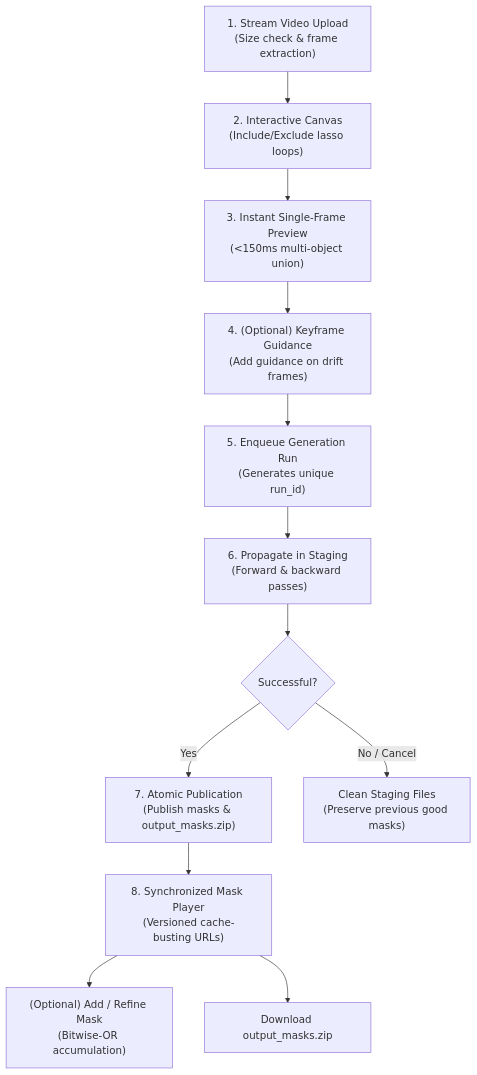
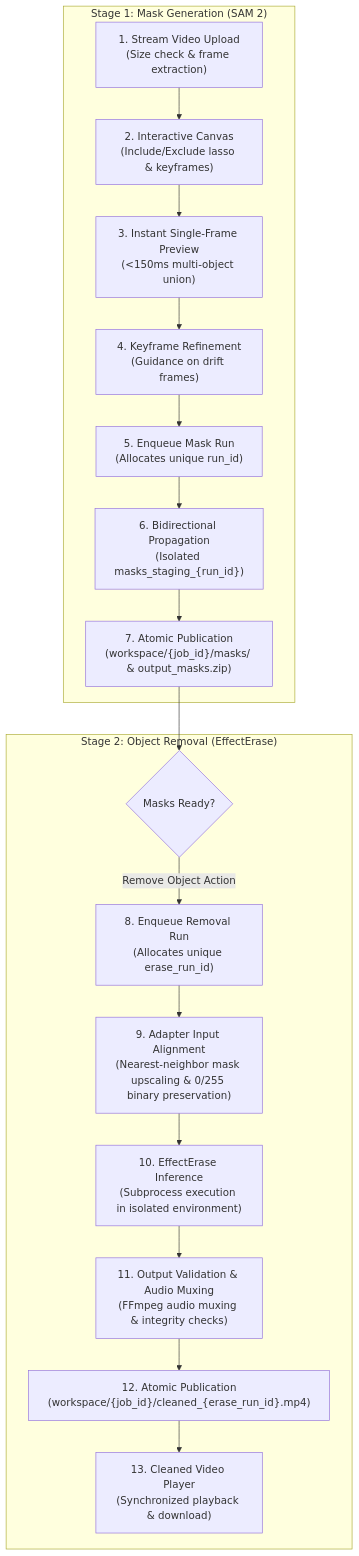
One commit to armaan-choudhary/stirs changed the diagram in README.md. Above: the diagram before and after it, drawn with Mermaid. The commit also changed other lines of this file and 21 other files, not shown here.

Commit message:
feat: add EffectErase video object removal pipeline, UI controls, and setup scripts

````diff
--- a/README.md
+++ b/README.md
@@ -74,14 +11,21 @@
 ```mermaid
 flowchart TD
-  Upload["1. Stream Video Upload<br/>(Size check & frame extraction)"] --> Annotate["2. Interactive Canvas<br/>(Include/Exclude lasso loops)"]
-  Annotate --> Preview["3. Instant Single-Frame Preview<br/>(<150ms multi-object union)"]
-  Preview --> Keyframes["4. (Optional) Keyframe Guidance<br/>(Add guidance on drift frames)"]
-  Keyframes --> StartJob["5. Enqueue Generation Run<br/>(Generates unique run_id)"]
-  StartJob --> Staging["6. Propagate in Staging<br/>(Forward & backward passes)"]
-  Staging --> CheckSuccess{"Successful?"}
-  CheckSuccess -- Yes --> Publish["7. Atomic Publication<br/>(Publish masks & output_masks.zip)"]
-  CheckSuccess -- No / Cancel --> Cleanup["Clean Staging Files<br/>(Preserve previous good masks)"]
-  Publish --> Player["8. Synchronized Mask Player<br/>(Versioned cache-busting URLs)"]
-  Player --> Refine["(Optional) Add / Refine Mask<br/>(Bitwise-OR accumulation)"]
-  Player --> Download["Download output_masks.zip"]
+  subgraph Stage1["Stage 1: Mask Generation (SAM 2)"]
+    Upload["1. Stream Video Upload<br/>(Size check & frame extraction)"] --> Annotate["2. Interactive Canvas<br/>(Include/Exclude lasso & keyframes)"]
+    Annotate --> Preview["3. Instant Single-Frame Preview<br/>(<150ms multi-object union)"]
+    Preview --> Keyframes["4. Keyframe Refinement<br/>(Guidance on drift frames)"]
+    Keyframes --> StartMaskJob["5. Enqueue Mask Run<br/>(Allocates unique run_id)"]
+    StartMaskJob --> MaskStaging["6. Bidirectional Propagation<br/>(Isolated masks_staging_{run_id})"]
+    MaskStaging --> PublishMasks["7. Atomic Publication<br/>(workspace/{job_id}/masks/ & output_masks.zip)"]
+  end
+
+  subgraph Stage2["Stage 2: Object Removal (EffectErase)"]
+    PublishMasks --> ReadyToErase{"Masks Ready?"}
+    ReadyToErase -- "Remove Object Action" --> StartRemoval["8. Enqueue Removal Run<br/>(Allocates unique erase_run_id)"]
+    StartRemoval --> Adapter["9. Adapter Input Alignment<br/>(Nearest-neighbor mask upscaling & 0/255 binary preservation)"]
+    Adapter --> Subprocess["10. EffectErase Inference<br/>(Subprocess execution in isolated environment)"]
+    Subprocess --> Validation["11. Output Validation & Audio Muxing<br/>(FFmpeg audio muxing & integrity checks)"]
+    Validation --> PublishRemoval["12. Atomic Publication<br/>(workspace/{job_id}/cleaned_{erase_run_id}.mp4)"]
+    PublishRemoval --> ResultPlayer["13. Cleaned Video Player<br/>(Synchronized playback & download)"]
+  end
 ```
````
